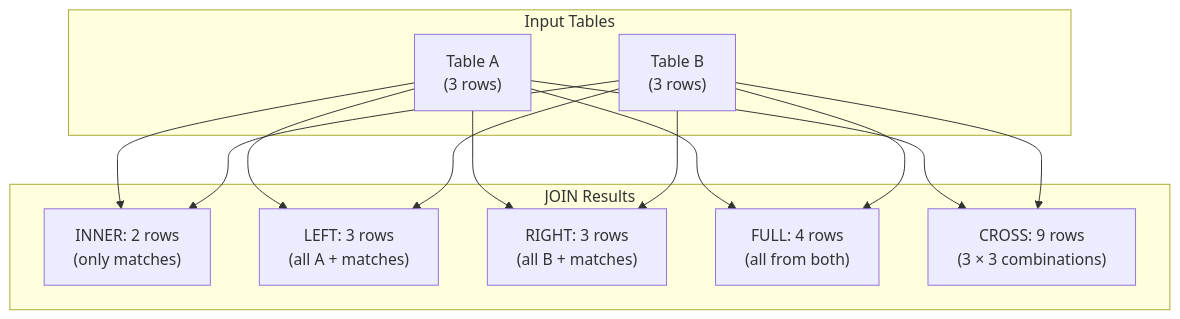
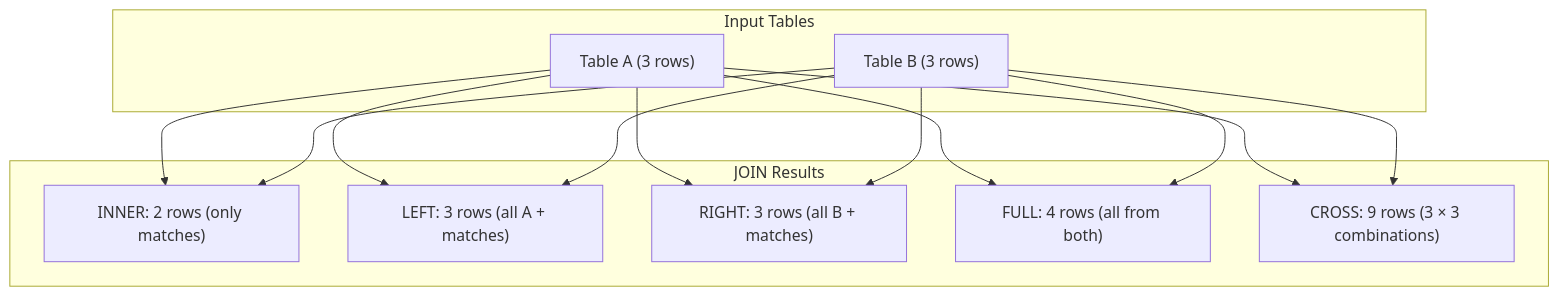
One commit to pentoshi007/prep changed diagram 11 of 16 in SQL/readmeClV1.md. Above: the diagram before and after it, drawn with Mermaid. The commit also changed other lines of this file and 1 other file, not shown here.

````diff
--- a/SQL/readmeClV1.md
+++ b/SQL/readmeClV1.md
@@ -1572,26 +1572,26 @@
 ```mermaid
 flowchart TB
     subgraph Input["Input Tables"]
-        A["Table A\n(3 rows)"]
-        B["Table B\n(3 rows)"]
+        A["Table A (3 rows)"]
+        B["Table B (3 rows)"]
     end
 
     subgraph Results["JOIN Results"]
-        INNER["INNER: 2 rows\n(only matches)"]
-        LEFT["LEFT: 3 rows\n(all A + matches)"]
-        RIGHT["RIGHT: 3 rows\n(all B + matches)"]
-        FULL["FULL: 4 rows\n(all from both)"]
-        CROSS["CROSS: 9 rows\n(3 × 3 combinations)"]
+        INNER["INNER: 2 rows (only matches)"]
+        LEFT["LEFT: 3 rows (all A + matches)"]
+        RIGHT["RIGHT: 3 rows (all B + matches)"]
+        FULL["FULL: 4 rows (all from both)"]
+        CROSS["CROSS: 9 rows (3 × 3 combinations)"]
     end
 
     A --> INNER
     B --> INNER
     A --> LEFT
     B --> LEFT
     A --> RIGHT
     B --> RIGHT
     A --> FULL
     B --> FULL
     A --> CROSS
     B --> CROSS
 ```
````
